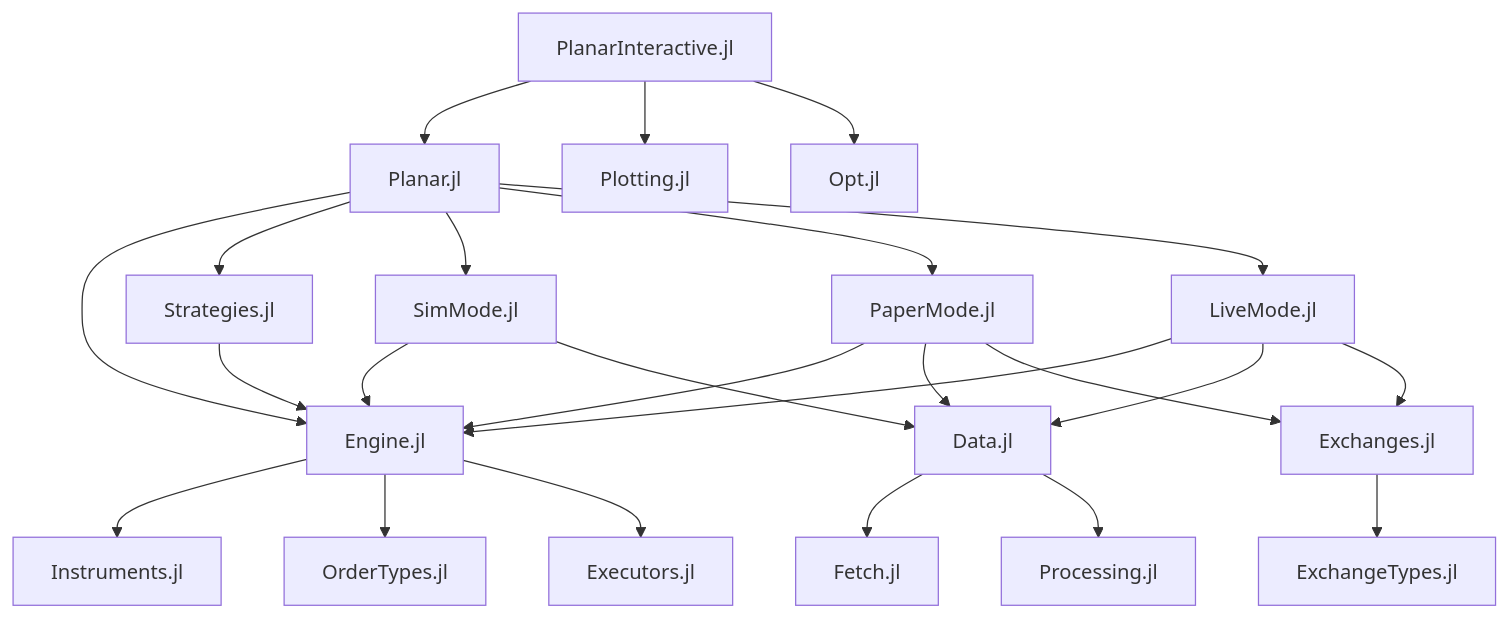
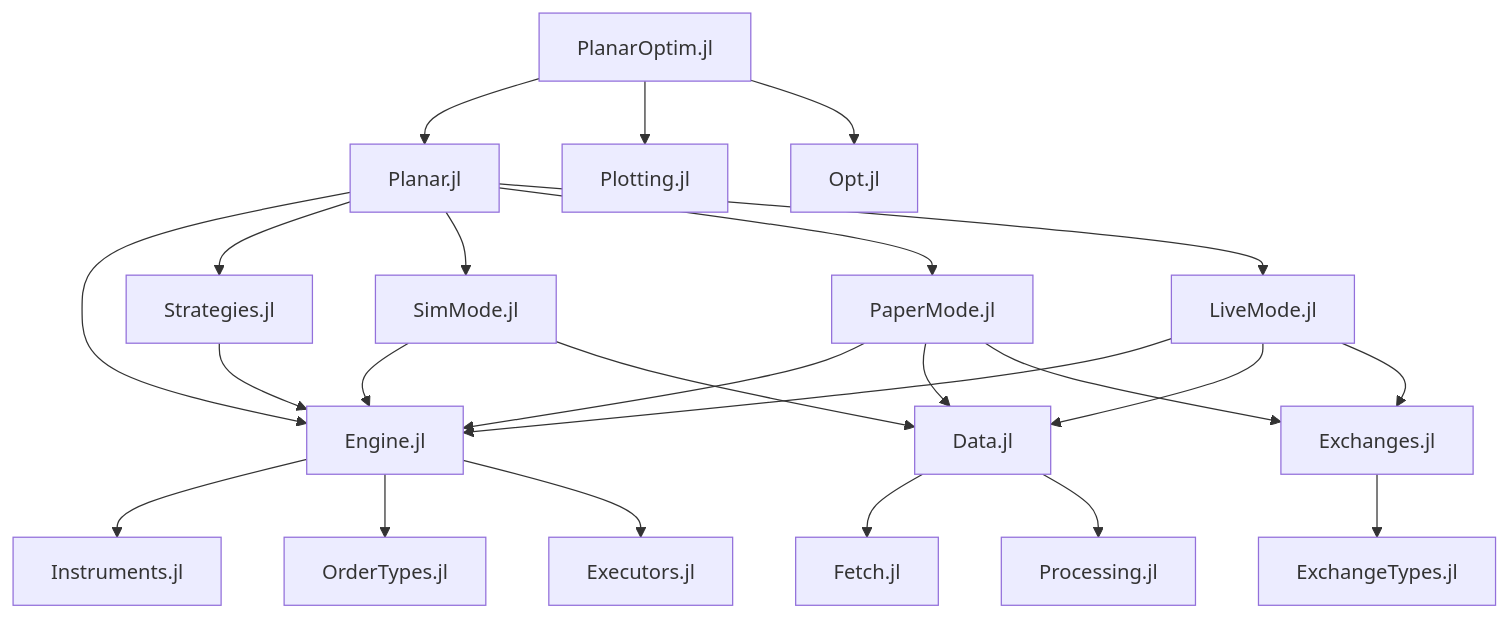
One commit to BubbleParticles/Planar.jl changed the first of 2 diagrams in docs/src/devdocs.md. Above: the diagram before and after it, drawn with Mermaid. The commit also changed other lines of this file and 71 other files, not shown here.

````diff
--- a/docs/src/devdocs.md
+++ b/docs/src/devdocs.md
@@ -65,33 +65,33 @@
 ```mermaid
 graph TD
     A[Planar.jl] --> B[Engine.jl]
     A --> C[Strategies.jl]
     A --> D[SimMode.jl]
     A --> E[PaperMode.jl]
     A --> F[LiveMode.jl]
     
     C --> B
     D --> B
     E --> B
     F --> B
     
     B --> G[Instruments.jl]
     B --> H[OrderTypes.jl]
     B --> I[Executors.jl]
     
     D --> J[Data.jl]
     E --> J
     F --> J
     
     J --> K[Fetch.jl]
     J --> L[Processing.jl]
     
     F --> M[Exchanges.jl]
     E --> M
     
     M --> N[ExchangeTypes.jl]
     
-    O[PlanarInteractive.jl] --> A
+    O[PlanarOptim.jl] --> A
     O --> P[Plotting.jl]
     O --> Q[Opt.jl]
 ```
````
